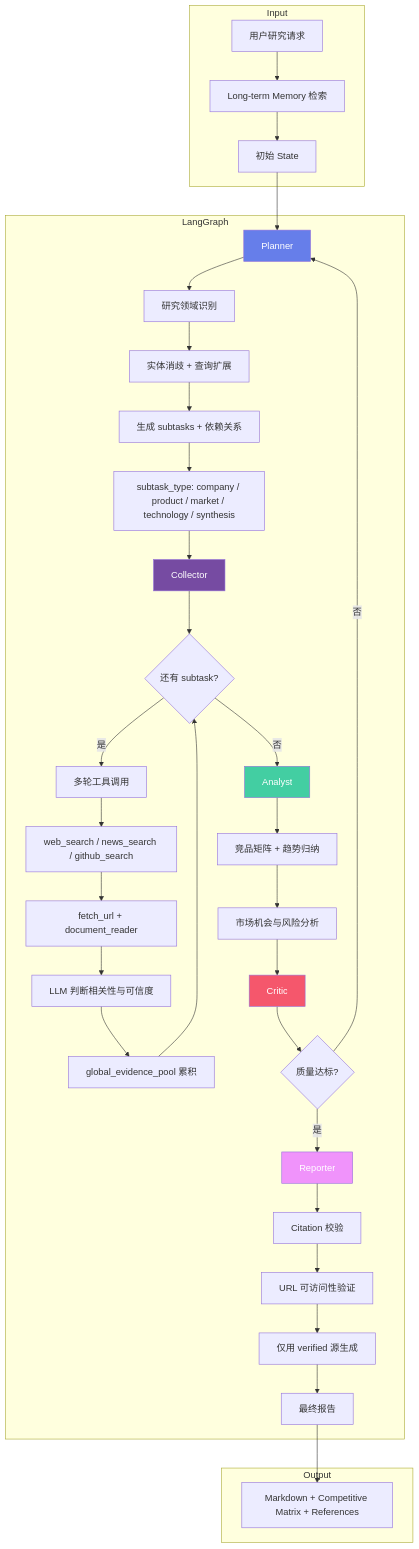
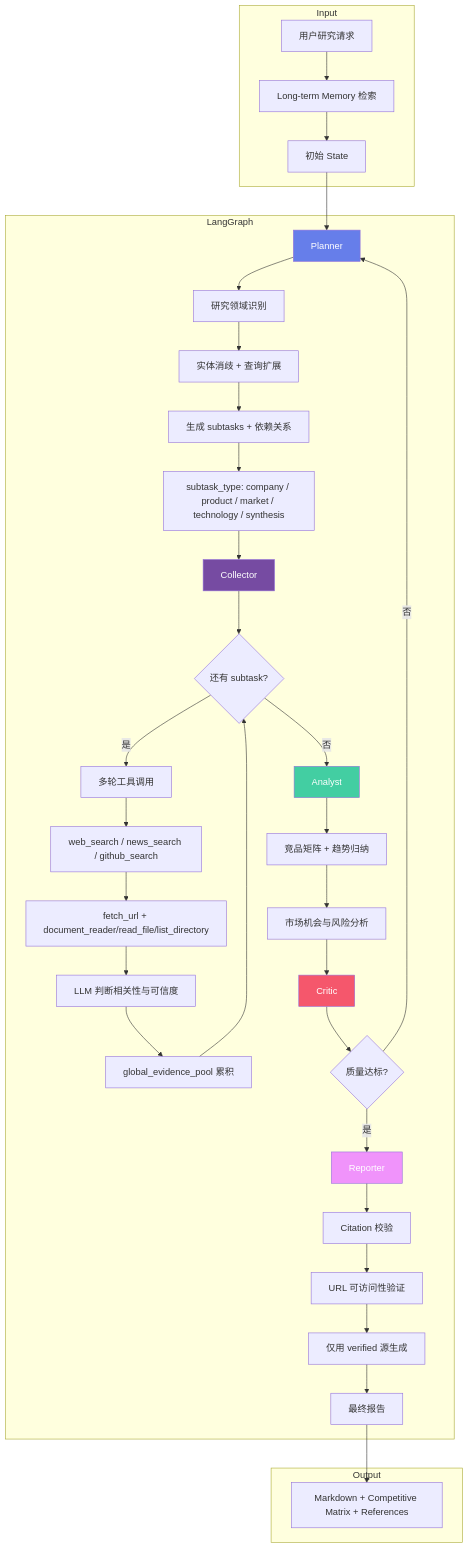
The first of 3 diagrams in README.md (Caser-86/InsightGraph), drawn with Mermaid before and after one commit. The commit also changed other lines of this file, not shown here.

````diff
--- a/README.md
+++ b/README.md
@@ -268,46 +269,46 @@
 ```mermaid
 flowchart TB
     subgraph Input
         A[用户研究请求] --> B[Long-term Memory 检索]
         B --> C[初始 State]
     end
 
     subgraph LangGraph
         C --> D[Planner]
         D --> D1[研究领域识别]
         D1 --> D2[实体消歧 + 查询扩展]
         D2 --> D3[生成 subtasks + 依赖关系]
         D3 --> D4[subtask_type: company / product / market / technology / synthesis]
         D4 --> E[Collector]
 
         E --> E1{还有 subtask?}
         E1 -->|是| E2[多轮工具调用]
         E2 --> E3[web_search / news_search / github_search]
-        E3 --> E4[fetch_url + document_reader]
+        E3 --> E4[fetch_url + document_reader/read_file/list_directory]
         E4 --> E5[LLM 判断相关性与可信度]
         E5 --> E6[global_evidence_pool 累积]
         E6 --> E1
         E1 -->|否| F[Analyst]
 
         F --> F1[竞品矩阵 + 趋势归纳]
         F1 --> F2[市场机会与风险分析]
         F2 --> G[Critic]
         G --> G1{质量达标?}
         G1 -->|否| D
         G1 -->|是| H[Reporter]
         H --> H1[Citation 校验]
         H1 --> H2[URL 可访问性验证]
         H2 --> H3[仅用 verified 源生成]
         H3 --> I[最终报告]
     end
 
     subgraph Output
         I --> J[Markdown + Competitive Matrix + References]
     end
 
     style D fill:#667eea,color:#fff
     style E fill:#764ba2,color:#fff
     style F fill:#43cea2,color:#fff
     style G fill:#f5576c,color:#fff
     style H fill:#f093fb,color:#fff
 ```
````
